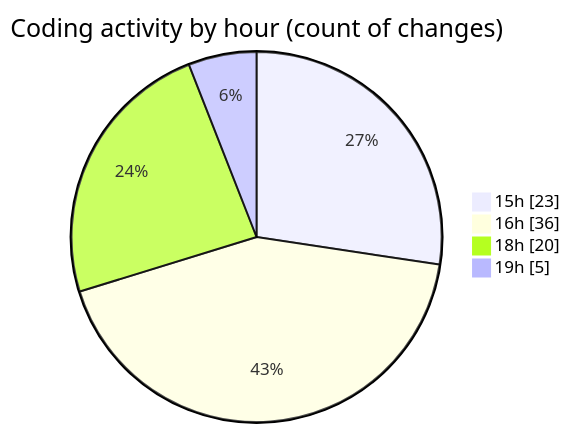
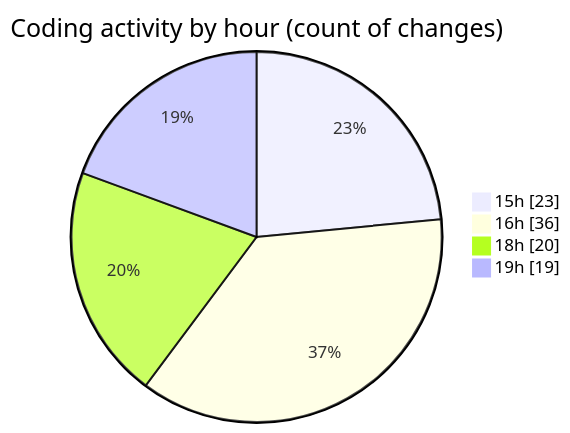
The second of 2 diagrams in 2025-04-01/back-end/README.md (Netris89/code-tracking), drawn with Mermaid before and after one commit. The commit also changed other lines of this file and 1 other file, not shown here.

````diff
--- a/2025-04-01/back-end/README.md
+++ b/2025-04-01/back-end/README.md
@@ -34,8 +35,8 @@
 ```mermaid
 pie showData
 title Coding activity by hour (count of changes)
 "15h" : 23
 "16h" : 36
 "18h" : 20
-"19h" : 5
+"19h" : 19
 ```
````
